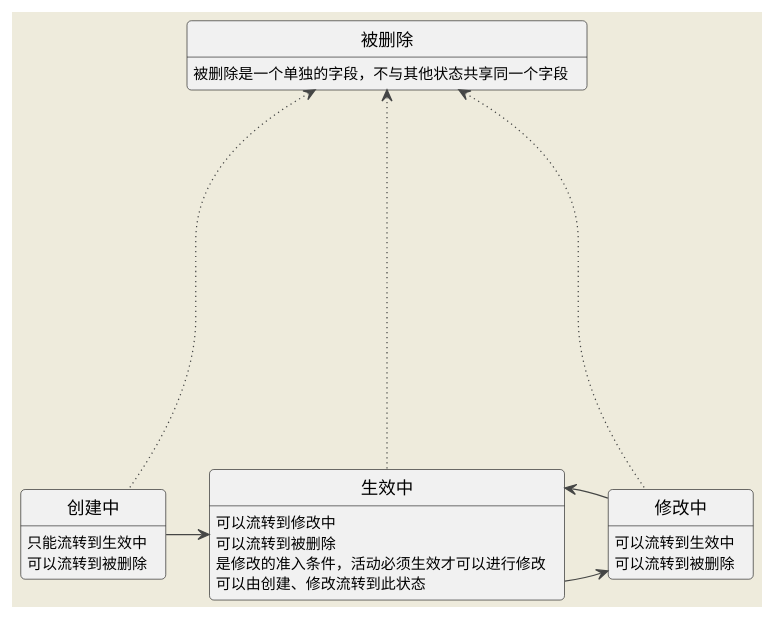
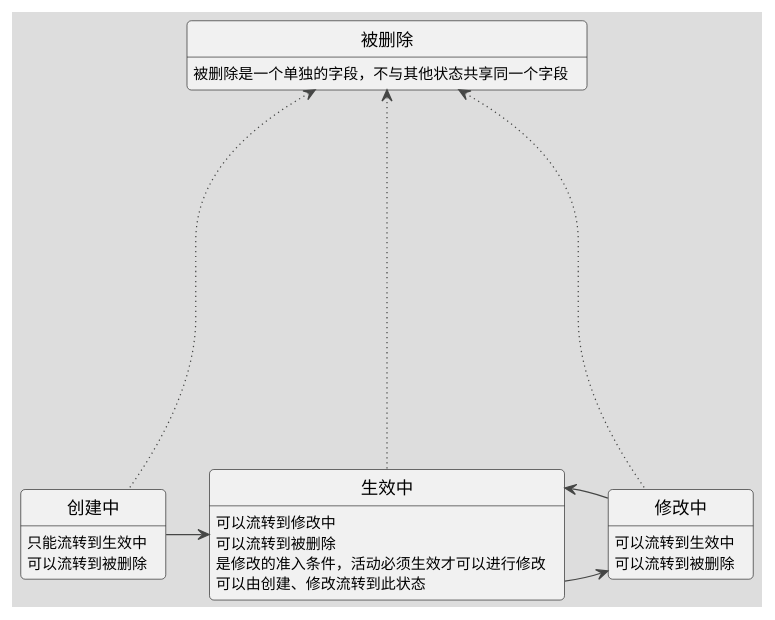
The diagram in src/main/resource/天猫校园/营销/基本框架/天猫校园活动流转图.puml (xauvlove/uml), drawn with PlantUML before and after one commit. The commit also changed 3 other files, not shown here.

```diff
--- a/src/main/resource/天猫校园/营销/基本框架/天猫校园活动流转图.puml
+++ b/src/main/resource/天猫校园/营销/基本框架/天猫校园活动流转图.puml
@@ -1,41 +1,38 @@
 @startuml
 'https://plantuml.com/state-diagram
 !theme toy
 
+skinparam backgroundColor #DDDDDD
+
 hide footbox
-skinparam backgroundColor #EEEBDC
-
-skinparam sequence {
-    LifeLineBackgroundColor grey
-}
 
 state "创建中" as creating
 creating : 只能流转到生效中
 creating : 可以流转到被删除
 
 state "生效中" as running
 running : 可以流转到修改中
 running : 可以流转到被删除
 running : 是修改的准入条件，活动必须生效才可以进行修改
 running : 可以由创建、修改流转到此状态
 
 state "修改中" as updating
 updating : 可以流转到生效中
 updating : 可以流转到被删除
 
 state "被删除" as deleted
 deleted : 被删除是一个单独的字段，不与其他状态共享同一个字段
 
 creating -right-> running
 
 running -right-> updating
 
 updating -right-> running
 
 creating -----up[dotted]-> deleted
 
 running -----up[dotted]-> deleted
 
 updating -----up[dotted]-> deleted
 
 @enduml
```
